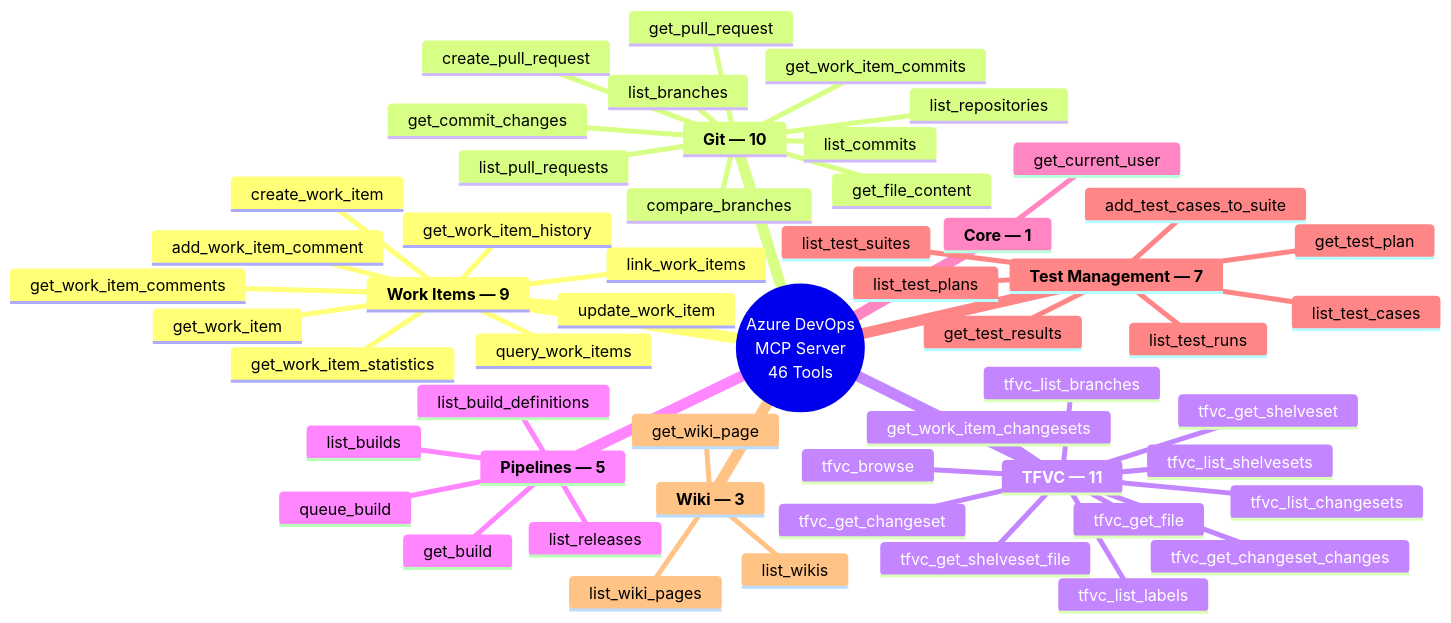
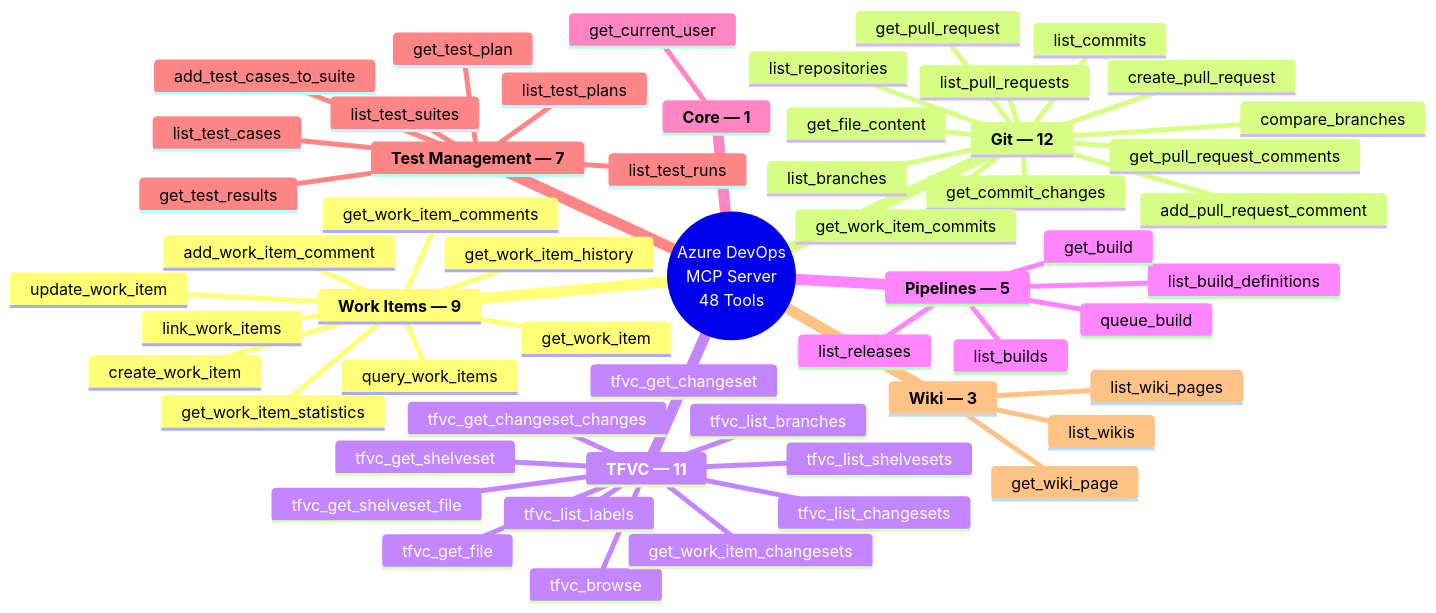
One commit to burcusipahioglu/azure-devops-mcp-onprem changed the diagram in README.md. Above: the diagram before and after it, drawn with Mermaid. The commit also changed other lines of this file and 12 other files, not shown here.

Commit message:
feat: typed results (outputSchema on 8 reads), PR review comments + publish handoff, dryRun on all 8 writes, audit session_start header

````diff
--- a/README.md
+++ b/README.md
@@ -50,57 +51,59 @@
 ```mermaid
 mindmap
-  root((Azure DevOps<br/>MCP Server<br/>46 Tools))
+  root((Azure DevOps<br/>MCP Server<br/>48 Tools))
     **Work Items — 9**
       query_work_items
       get_work_item
       create_work_item
       update_work_item
       get_work_item_comments
       add_work_item_comment
       link_work_items
       get_work_item_history
       get_work_item_statistics
-    **Git — 10**
+    **Git — 12**
       list_repositories
       list_branches
       get_file_content
       list_pull_requests
       get_pull_request
+      get_pull_request_comments
+      add_pull_request_comment
       create_pull_request
       list_commits
       get_commit_changes
       compare_branches
       get_work_item_commits
     **TFVC — 11**
       tfvc_browse
       tfvc_get_file
       tfvc_get_changeset
       tfvc_list_changesets
       tfvc_get_changeset_changes
       tfvc_list_branches
       tfvc_list_shelvesets
       tfvc_get_shelveset
       tfvc_get_shelveset_file
       tfvc_list_labels
       get_work_item_changesets
     **Pipelines — 5**
       list_build_definitions
       queue_build
       get_build
       list_builds
       list_releases
     **Core — 1**
       get_current_user
     **Test Management — 7**
       list_test_plans
       get_test_plan
       list_test_suites
       list_test_cases
       list_test_runs
       get_test_results
       add_test_cases_to_suite
     **Wiki — 3**
       list_wikis
       get_wiki_page
       list_wiki_pages
 ```
````
